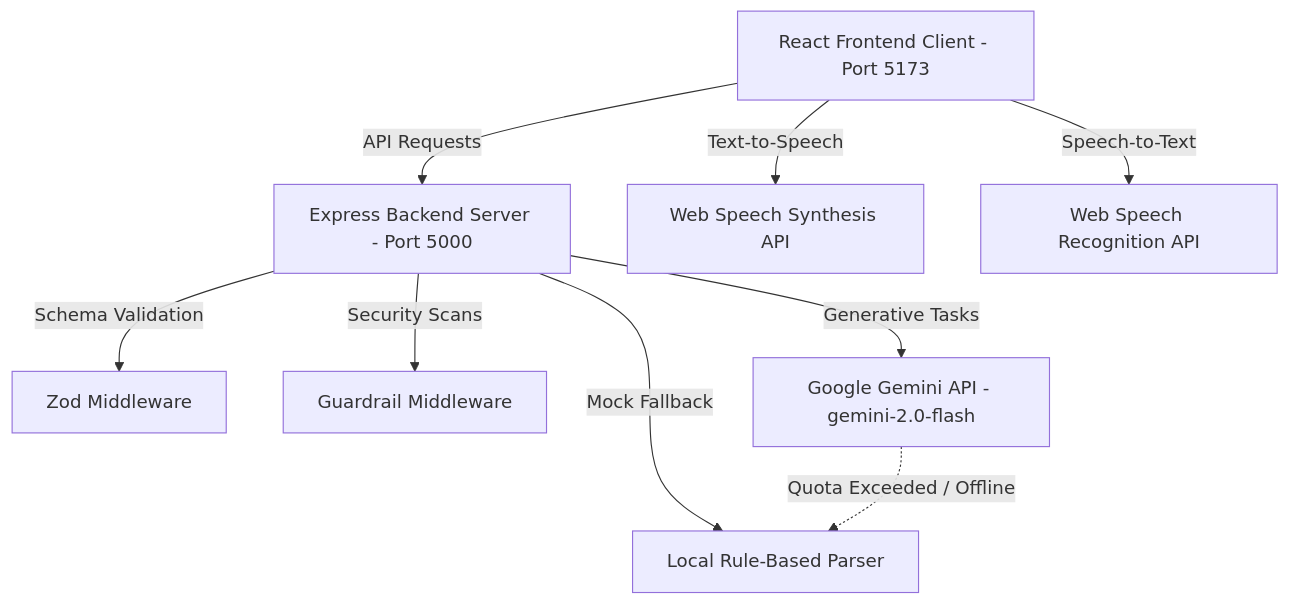
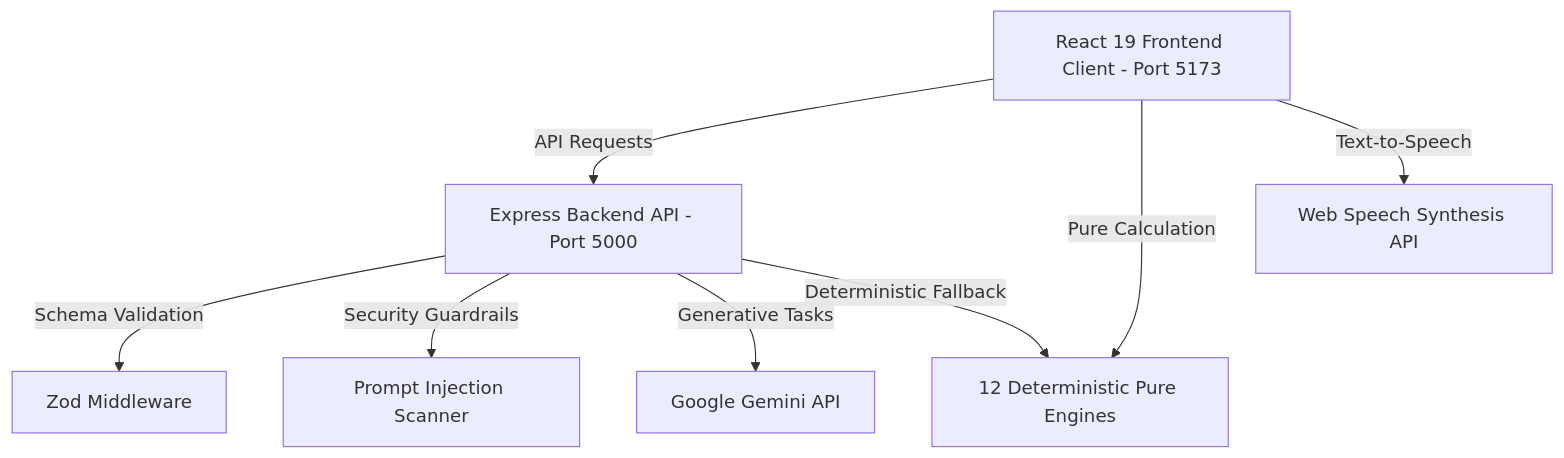
The diagram in README.md (Sunny-creator110/FIFA-2026-HUB), drawn with Mermaid before and after one commit. The commit also changed other lines of this file and 57 other files, not shown here.

Commit message:
feat: 12-engine deterministic architecture, modular UI refactoring, 55 Vitest unit tests, 16 Host Stadiums support, and WCAG AA compliance

````diff
--- a/README.md
+++ b/README.md
@@ -34,11 +96,10 @@
 ```mermaid
 graph TD
-    A[React Frontend Client - Port 5173] -->|API Requests| B[Express Backend Server - Port 5000]
-    A -->|Text-to-Speech| C[Web Speech Synthesis API]
-    A -->|Speech-to-Text| D[Web Speech Recognition API]
+    A[React 19 Frontend Client - Port 5173] -->|API Requests| B[Express Backend API - Port 5000]
+    A -->|Pure Calculation| C[12 Deterministic Pure Engines]
+    A -->|Text-to-Speech| D[Web Speech Synthesis API]
     B -->|Schema Validation| E[Zod Middleware]
-    B -->|Security Scans| F[Guardrail Middleware]
-    B -->|Generative Tasks| G[Google Gemini API - gemini-2.0-flash]
-    B -->|Mock Fallback| H[Local Rule-Based Parser]
-    G -.->|Quota Exceeded / Offline| H
+    B -->|Security Guardrails| F[Prompt Injection Scanner]
+    B -->|Generative Tasks| G[Google Gemini API]
+    B -->|Deterministic Fallback| C
 ```
````
